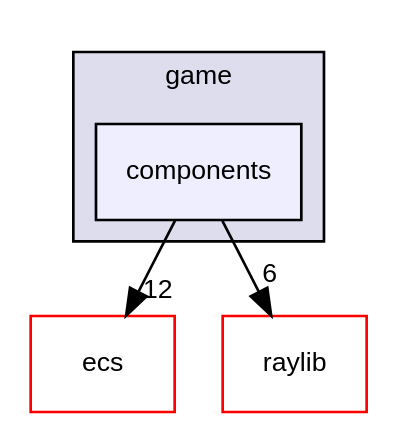
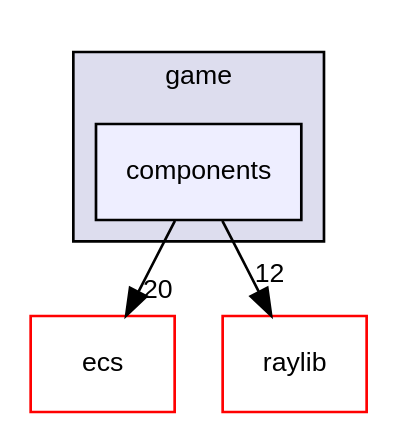
The diagram in dir_a5f74f5d785ec5e5a721a58d25c88c44_dep.dot (MisterPeModder/Bomberman-Global-Offensive), drawn with Graphviz before and after one commit. The commit also changed 588 other files, not shown here.

```diff
--- a/dir_a5f74f5d785ec5e5a721a58d25c88c44_dep.dot
+++ b/dir_a5f74f5d785ec5e5a721a58d25c88c44_dep.dot
@@ -1,13 +1,13 @@
 digraph "src/game/components" {
   compound=true
   node [ fontsize="10", fontname="Helvetica"];
   edge [ labelfontsize="10", labelfontname="Helvetica"];
   subgraph clusterdir_1699be727a800b1d059c6f7f2b91d2ee {
     graph [ bgcolor="#ddddee", pencolor="black", label="game" fontname="Helvetica", fontsize="10", URL="dir_1699be727a800b1d059c6f7f2b91d2ee.html"]
   dir_a5f74f5d785ec5e5a721a58d25c88c44 [shape=box, label="components", style="filled", fillcolor="#eeeeff", pencolor="black", URL="dir_a5f74f5d785ec5e5a721a58d25c88c44.html"];
   }
   dir_ddca5f149c4ce13074f28b270e950ba9 [shape=box label="ecs" fillcolor="white" style="filled" color="red" URL="dir_ddca5f149c4ce13074f28b270e950ba9.html"];
   dir_d4cc5f0b3cfddd1b0952a9e00053f649 [shape=box label="raylib" fillcolor="white" style="filled" color="red" URL="dir_d4cc5f0b3cfddd1b0952a9e00053f649.html"];
-  dir_a5f74f5d785ec5e5a721a58d25c88c44->dir_ddca5f149c4ce13074f28b270e950ba9 [headlabel="12", labeldistance=1.5 headhref="dir_000008_000001.html"];
-  dir_a5f74f5d785ec5e5a721a58d25c88c44->dir_d4cc5f0b3cfddd1b0952a9e00053f649 [headlabel="6", labeldistance=1.5 headhref="dir_000008_000009.html"];
+  dir_a5f74f5d785ec5e5a721a58d25c88c44->dir_ddca5f149c4ce13074f28b270e950ba9 [headlabel="20", labeldistance=1.5 headhref="dir_000008_000001.html"];
+  dir_a5f74f5d785ec5e5a721a58d25c88c44->dir_d4cc5f0b3cfddd1b0952a9e00053f649 [headlabel="12", labeldistance=1.5 headhref="dir_000008_000010.html"];
 }
```
